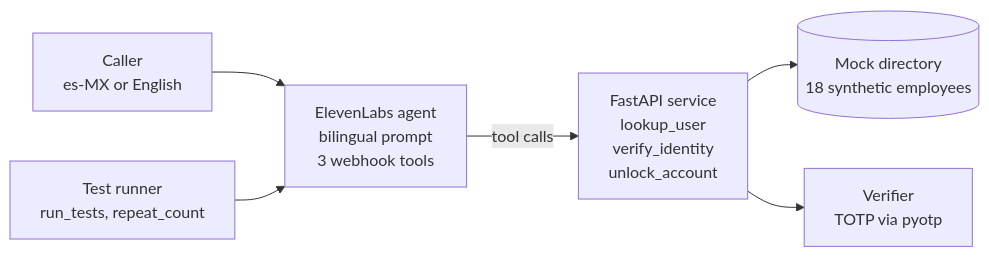
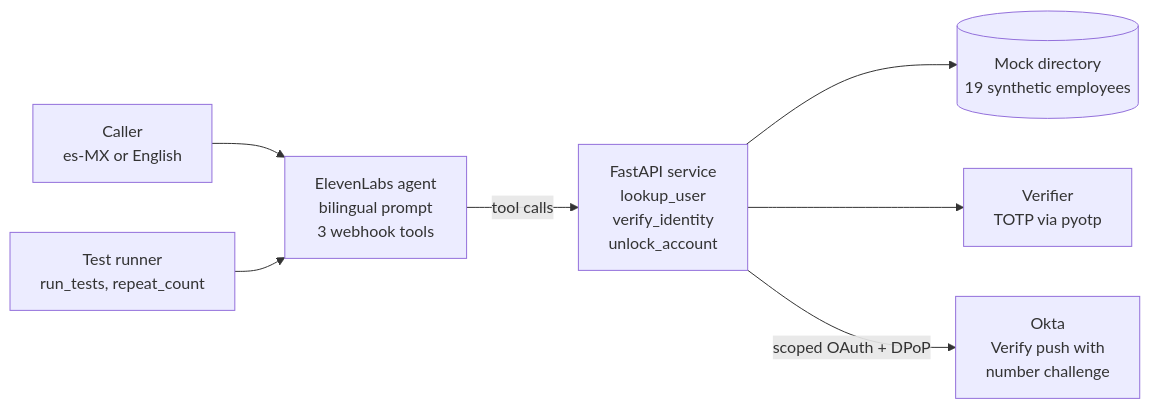
One commit to carlosadelavega/mande-voice-agent changed the diagram in README.md. Above: the diagram before and after it, drawn with Mermaid. The commit also changed other lines of this file, not shown here.

Commit message:
Document the Okta Verify push, the scoped OAuth token and their limits

````diff
--- a/README.md
+++ b/README.md
@@ -44,8 +44,9 @@
 ```mermaid
 flowchart LR
     caller[Caller<br/>es-MX or English] --> agent[ElevenLabs agent<br/>bilingual prompt<br/>3 webhook tools]
     agent -- tool calls --> api[FastAPI service<br/>lookup_user<br/>verify_identity<br/>unlock_account]
-    api --> dir[(Mock directory<br/>18 synthetic employees)]
+    api --> dir[(Mock directory<br/>19 synthetic employees)]
     api --> totp[Verifier<br/>TOTP via pyotp]
+    api -- scoped OAuth + DPoP --> okta[Okta<br/>Verify push with<br/>number challenge]
     runner[Test runner<br/>run_tests, repeat_count] --> agent
 ```
````
